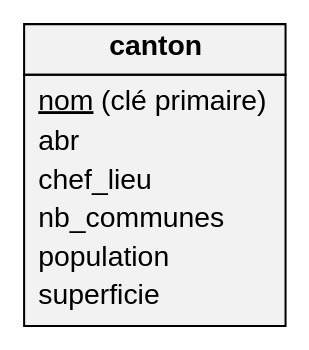
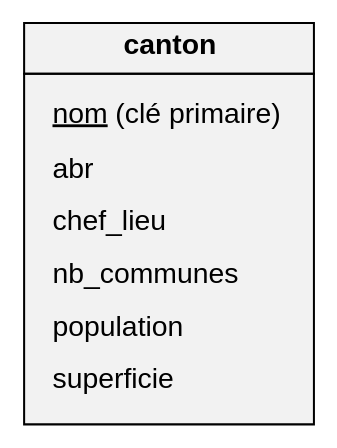
Before and after one commit to t-doc-org/informatique: the first of 3 diagrams in docs/bases-de-donnees/bd-relationnelle.md, drawn with Graphviz. The commit also changed other lines of this file and 3 other files, not shown here.

````diff
--- a/docs/bases-de-donnees/bd-relationnelle.md
+++ b/docs/bases-de-donnees/bd-relationnelle.md
@@ -70,35 +70,35 @@
 ```{graphviz}
 :align: center
 digraph UML_Class_diagram {
   graph [
     labelloc="t"
     fontname="Helvetica,Arial,sans-serif"
     fontsize="20pt"
     layout="circo"
   ]
   node [
     fontname="Helvetica,Arial,sans-serif"
     shape=record
     style=filled
     fillcolor=gray95
   ]
 
   Class1 [
     shape=plain
     label=<<table border="0" cellborder="1" cellspacing="0" cellpadding="4">
       <tr> <td> <b>canton</b> </td> </tr>
       <tr> <td>
-        <table border="0" cellborder="0" cellspacing="0" >
+        <table border="0" cellborder="0" cellspacing="7" >
           <tr> <td align="left"><u>nom </u> (clé primaire)</td> </tr>
           <tr> <td align="left" >abr</td> </tr>
           <tr> <td align="left" >chef_lieu</td> </tr>
           <tr> <td align="left" >nb_communes</td> </tr>
           <tr> <td align="left" >population</td> </tr>
           <tr> <td align="left" >superficie</td> </tr>
         </table>
       </td> </tr>
     </table>>
   ]
 
 }
 ```
````
